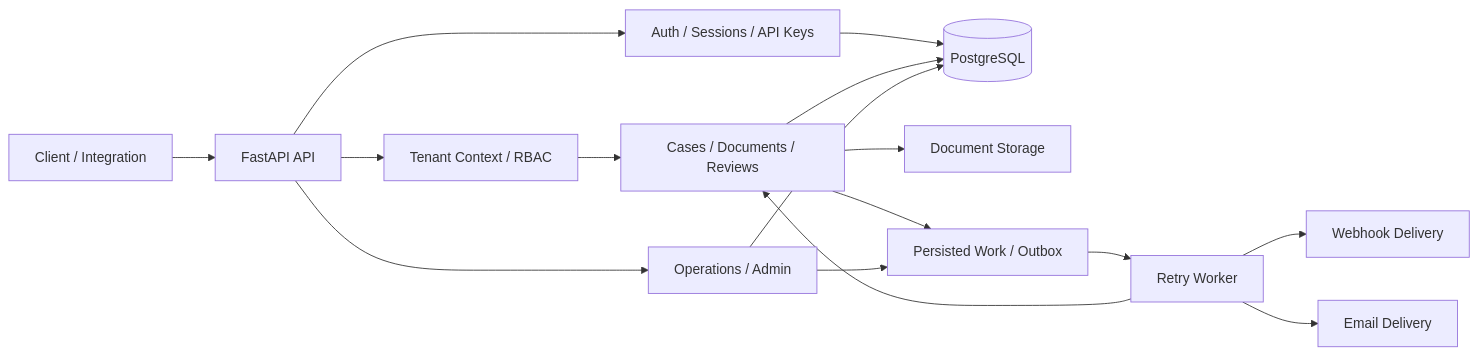
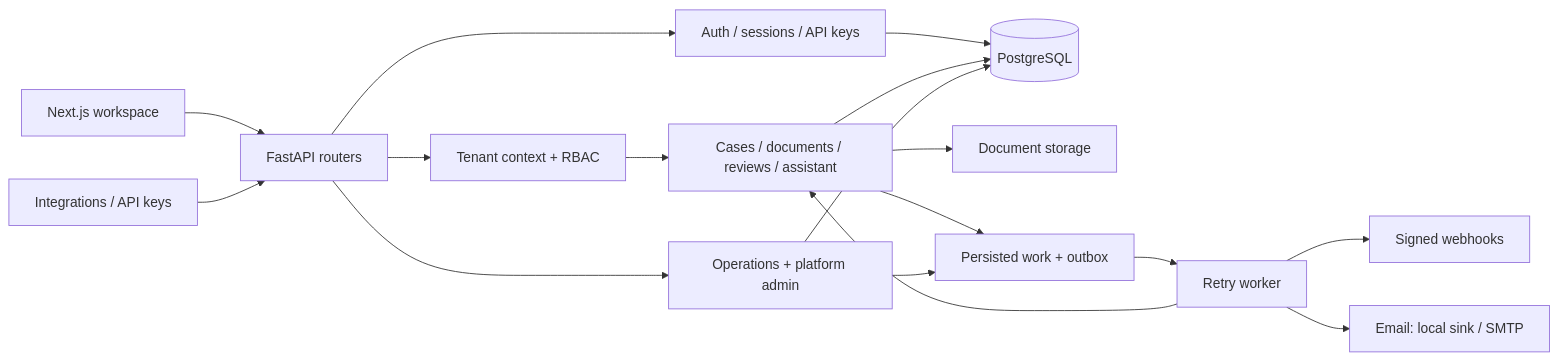
Before and after one commit to MaciejZiel/caseflow: the diagram in README.md, drawn with Mermaid. The commit also changed other lines of this file, not shown here.

````diff
--- a/README.md
+++ b/README.md
@@ -31,34 +32,22 @@
 ```mermaid
 flowchart LR
-    Client[Client / Integration]
+    Web[Next.js workspace] --> API
+    Client[Integrations / API keys] --> API
 
-    API[FastAPI API]
-    Auth[Auth / Sessions / API Keys]
-    Policy[Tenant Context / RBAC]
-    Domain[Cases / Documents / Reviews]
-    Ops[Operations / Admin]
-    DB[(PostgreSQL)]
-    Storage[Document Storage]
-    Queue[Persisted Work / Outbox]
-    Worker[Retry Worker]
-    Webhooks[Webhook Delivery]
-    Email[Email Delivery]
+    API[FastAPI routers] --> Auth[Auth / sessions / API keys]
+    API --> Policy[Tenant context + RBAC]
+    Policy --> Domain[Cases / documents / reviews / assistant]
+    API --> Ops[Operations + platform admin]
 
-    Client --> API
-    API --> Auth
-    API --> Policy
-    Policy --> Domain
-    API --> Ops
-
-    Auth --> DB
+    Auth --> DB[(PostgreSQL)]
     Domain --> DB
     Ops --> DB
-    Domain --> Storage
-    Domain --> Queue
-    Ops --> Queue
+    Domain --> Storage[Document storage]
+    Domain --> Work[Persisted work + outbox]
+    Ops --> Work
 
-    Queue --> Worker
-    Worker --> Webhooks
-    Worker --> Email
+    Work --> Worker[Retry worker]
+    Worker --> Webhooks[Signed webhooks]
+    Worker --> Email[Email: local sink / SMTP]
     Worker --> Domain
 ```
````
